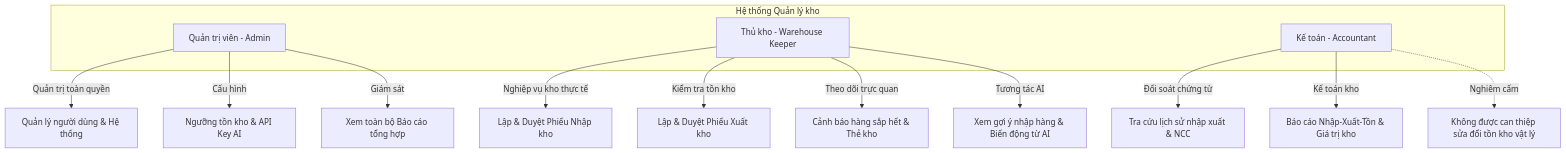
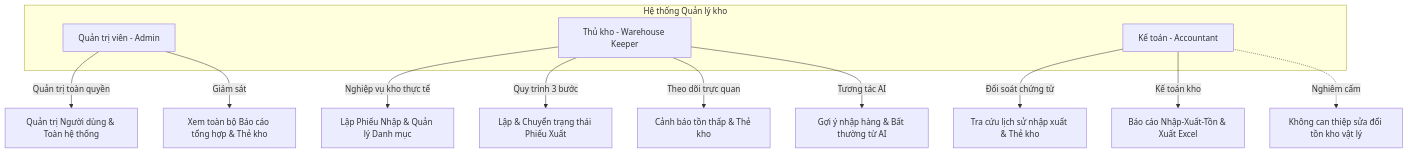
Before and after one commit to dtc245090028-ui/gemini: the first of 4 diagrams in hệ thống quản lý kho/docs/SDLC/KT1/01_SRS_and_UseCases.md, drawn with Mermaid. The commit also changed other lines of this file and 128 other files, not shown here.

````diff
--- a/hệ thống quản lý kho/docs/SDLC/KT1/01_SRS_and_UseCases.md
+++ b/hệ thống quản lý kho/docs/SDLC/KT1/01_SRS_and_UseCases.md
@@ -41,21 +42,20 @@
 ```mermaid
 graph TD
     subgraph "Hệ thống Quản lý kho"
         A[Quản trị viên - Admin]
         W[Thủ kho - Warehouse Keeper]
         C[Kế toán - Accountant]
     end
 
-    A -->|Quản trị toàn quyền| M1[Quản lý người dùng & Hệ thống]
-    A -->|Cấu hình| M2[Ngưỡng tồn kho & API Key AI]
-    A -->|Giám sát| M3[Xem toàn bộ Báo cáo tổng hợp]
+    A -->|Quản trị toàn quyền| M1[Quản trị Người dùng & Toàn hệ thống]
+    A -->|Giám sát| M2[Xem toàn bộ Báo cáo tổng hợp & Thẻ kho]
 
-    W -->|Nghiệp vụ kho thực tế| M4[Lập & Duyệt Phiếu Nhập kho]
-    W -->|Kiểm tra tồn kho| M5[Lập & Duyệt Phiếu Xuất kho]
-    W -->|Theo dõi trực quan| M6[Cảnh báo hàng sắp hết & Thẻ kho]
-    W -->|Tương tác AI| M7[Xem gợi ý nhập hàng & Biến động từ AI]
+    W -->|Nghiệp vụ kho thực tế| M3[Lập Phiếu Nhập & Quản lý Danh mục]
+    W -->|Quy trình 3 bước| M4[Lập & Chuyển trạng thái Phiếu Xuất]
+    W -->|Theo dõi trực quan| M5[Cảnh báo tồn thấp & Thẻ kho]
+    W -->|Tương tác AI| M6[Gợi ý nhập hàng & Bất thường từ AI]
 
-    C -->|Đối soát chứng từ| M8[Tra cứu lịch sử nhập xuất & NCC]
-    C -->|Kế toán kho| M9[Báo cáo Nhập-Xuất-Tồn & Giá trị kho]
-    C -.->|Nghiêm cấm| M10[Không được can thiệp sửa đổi tồn kho vật lý]
+    C -->|Đối soát chứng từ| M7[Tra cứu lịch sử nhập xuất & Thẻ kho]
+    C -->|Kế toán kho| M8[Báo cáo Nhập-Xuất-Tồn & Xuất Excel]
+    C -.->|Nghiêm cấm| M9[Không can thiệp sửa đổi tồn kho vật lý]
 ```
````
